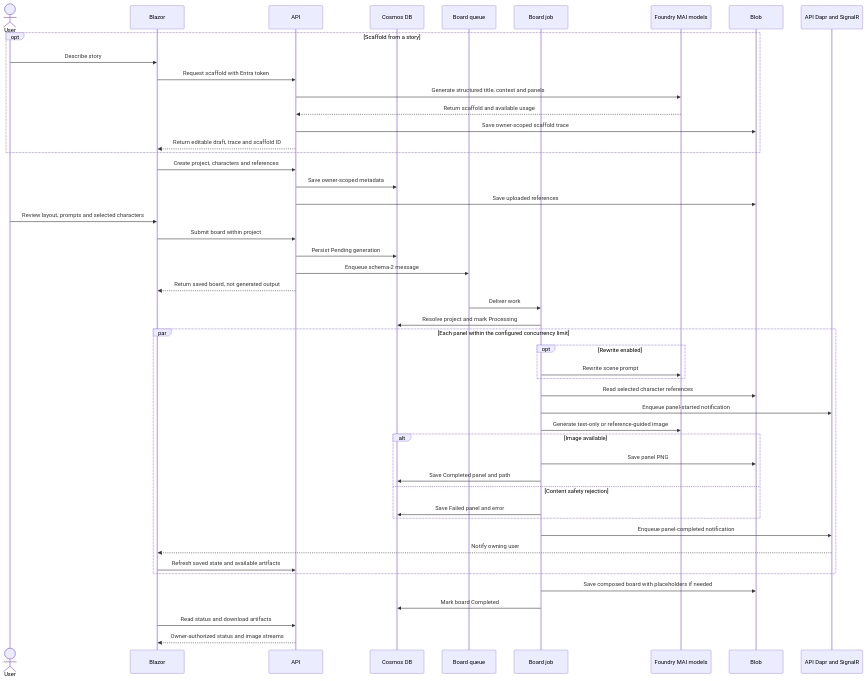
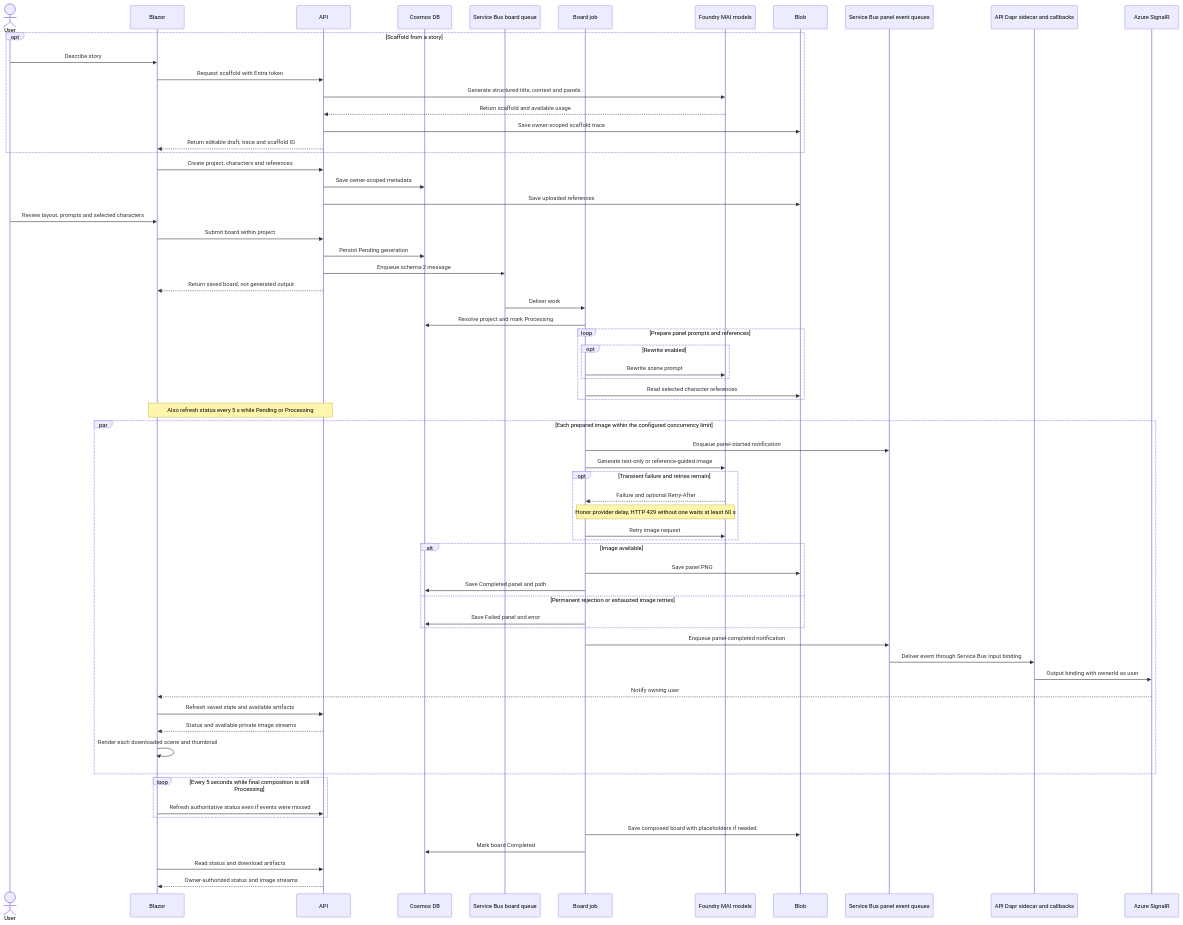
The second of 3 diagrams in docs/architecture.md (mathieumack/foundry-comics-mai), drawn with Mermaid before and after one commit. The commit also changed other lines of this file and 24 other files, not shown here.

First line of the commit message:
feat: Enhance image generation error handling with retry logic

````diff
--- a/docs/architecture.md
+++ b/docs/architecture.md
@@ -76,51 +87,68 @@
 ```mermaid
 sequenceDiagram
     actor User
     participant Web as Blazor
     participant API
     participant DB as Cosmos DB
-    participant Queue as Board queue
+    participant Queue as Service Bus board queue
     participant Job as Board job
     participant MAI as Foundry MAI models
     participant Blob
-    participant Push as API Dapr and SignalR
+    participant Events as Service Bus panel event queues
+    participant Dapr as API Dapr sidecar and callbacks
+    participant SignalR as Azure SignalR
     opt Scaffold from a story
         User->>Web: Describe story
         Web->>API: Request scaffold with Entra token
         API->>MAI: Generate structured title, context and panels
         MAI-->>API: Return scaffold and available usage
         API->>Blob: Save owner-scoped scaffold trace
         API-->>Web: Return editable draft, trace and scaffold ID
     end
     Web->>API: Create project, characters and references
     API->>DB: Save owner-scoped metadata
     API->>Blob: Save uploaded references
     User->>Web: Review layout, prompts and selected characters
     Web->>API: Submit board within project
     API->>DB: Persist Pending generation
     API->>Queue: Enqueue schema-2 message
     API-->>Web: Return saved board, not generated output
     Queue->>Job: Deliver work
     Job->>DB: Resolve project and mark Processing
-    par Each panel within the configured concurrency limit
+    loop Prepare panel prompts and references
         opt Rewrite enabled
             Job->>MAI: Rewrite scene prompt
         end
         Job->>Blob: Read selected character references
-        Job->>Push: Enqueue panel-started notification
+    end
+    Note over Web,API: Also refresh status every 5 s while Pending or Processing
+    par Each prepared image within the configured concurrency limit
+        Job->>Events: Enqueue panel-started notification
         Job->>MAI: Generate text-only or reference-guided image
+        opt Transient failure and retries remain
+            MAI-->>Job: Failure and optional Retry-After
+            Note over Job,MAI: Honor provider delay, HTTP 429 without one waits at least 60 s
+            Job->>MAI: Retry image request
+        end
         alt Image available
             Job->>Blob: Save panel PNG
             Job->>DB: Save Completed panel and path
-        else Content safety rejection
+        else Permanent rejection or exhausted image retries
             Job->>DB: Save Failed panel and error
         end
-        Job->>Push: Enqueue panel-completed notification
-        Push-->>Web: Notify owning user
+        Job->>Events: Enqueue panel-completed notification
+        Events->>Dapr: Deliver event through Service Bus input binding
+        Dapr->>SignalR: Output binding with ownerId as user
+        SignalR-->>Web: Notify owning user
         Web->>API: Refresh saved state and available artifacts
+        API-->>Web: Status and available private image streams
+        Web->>Web: Render each downloaded scene and thumbnail
+    end
+    loop Every 5 seconds while final composition is still Processing
+        Web->>API: Refresh authoritative status even if events were missed
     end
     Job->>Blob: Save composed board with placeholders if needed
     Job->>DB: Mark board Completed
     Web->>API: Read status and download artifacts
     API-->>Web: Owner-authorized status and image streams
 ```
````
